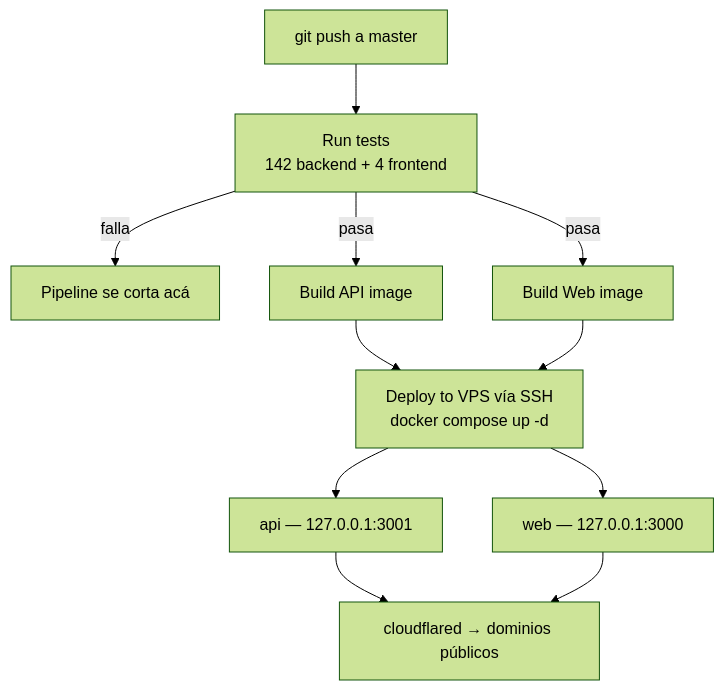
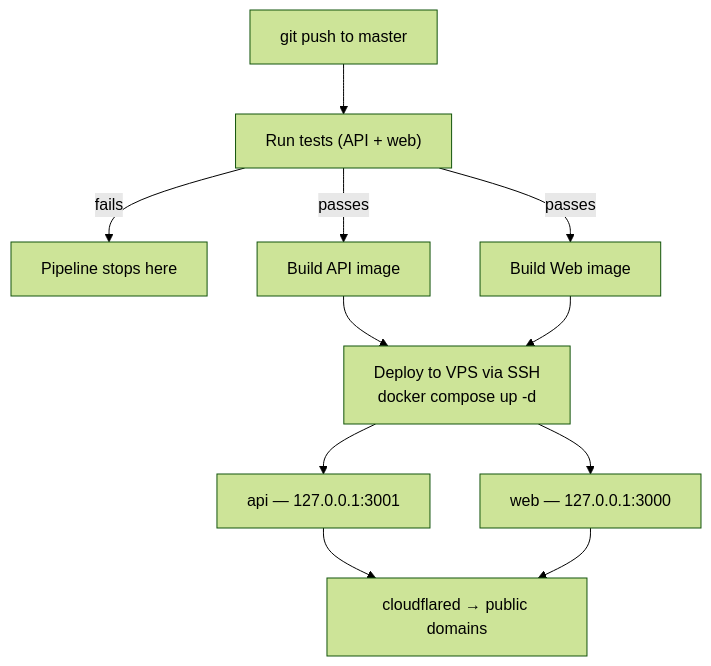
The diagram in README.md (joaoboy89/guau), drawn with Mermaid (forest theme) before and after one commit. The commit also changed other lines of this file and 1 other file, not shown here.

````diff
--- a/README.md
+++ b/README.md
@@ -102,11 +108,11 @@
 ```mermaid
 flowchart TD
-    A[git push a master] --> B["Run tests\n142 backend + 4 frontend"]
-    B -->|falla| C[Pipeline se corta acá]
-    B -->|pasa| D[Build API image]
-    B -->|pasa| E[Build Web image]
-    D & E --> F["Deploy to VPS vía SSH\ndocker compose up -d"]
+    A[git push to master] --> B["Run tests (API + web)"]
+    B -->|fails| C[Pipeline stops here]
+    B -->|passes| D[Build API image]
+    B -->|passes| E[Build Web image]
+    D & E --> F["Deploy to VPS via SSH\ndocker compose up -d"]
     F --> G[api — 127.0.0.1:3001]
     F --> H[web — 127.0.0.1:3000]
-    G & H --> I[cloudflared → dominios públicos]
+    G & H --> I[cloudflared → public domains]
 ```
````
